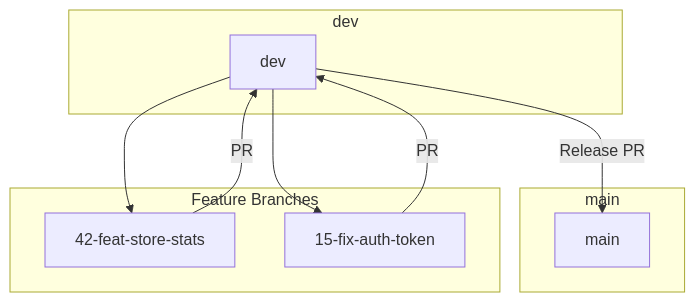
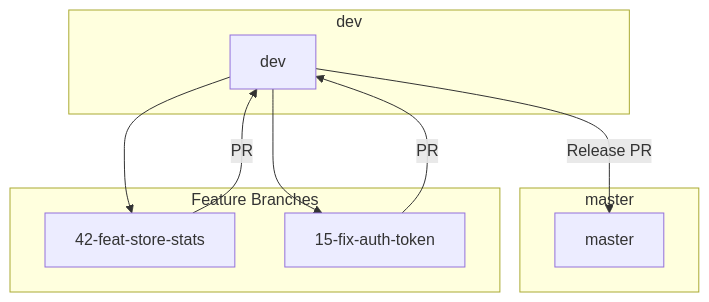
One commit to RaulAltamirano/synti-iq changed the second of 2 diagrams in api/docs/BRANCHING_STRATEGY.md. Above: the diagram before and after it, drawn with Mermaid. The commit also changed other lines of this file and 4 other files, not shown here.

````diff
--- a/api/docs/BRANCHING_STRATEGY.md
+++ b/api/docs/BRANCHING_STRATEGY.md
@@ -81,21 +81,21 @@
 ```mermaid
 flowchart TD
-    subgraph main [main]
-        M[main]
+    subgraph master [master]
+        M[master]
     end
 
     subgraph dev [dev]
         D[dev]
     end
 
     subgraph features [Feature Branches]
         F1[42-feat-store-stats]
         F2[15-fix-auth-token]
     end
 
     D --> F1
     D --> F2
     F1 -->|PR| D
     F2 -->|PR| D
     D -->|Release PR| M
 ```
````
